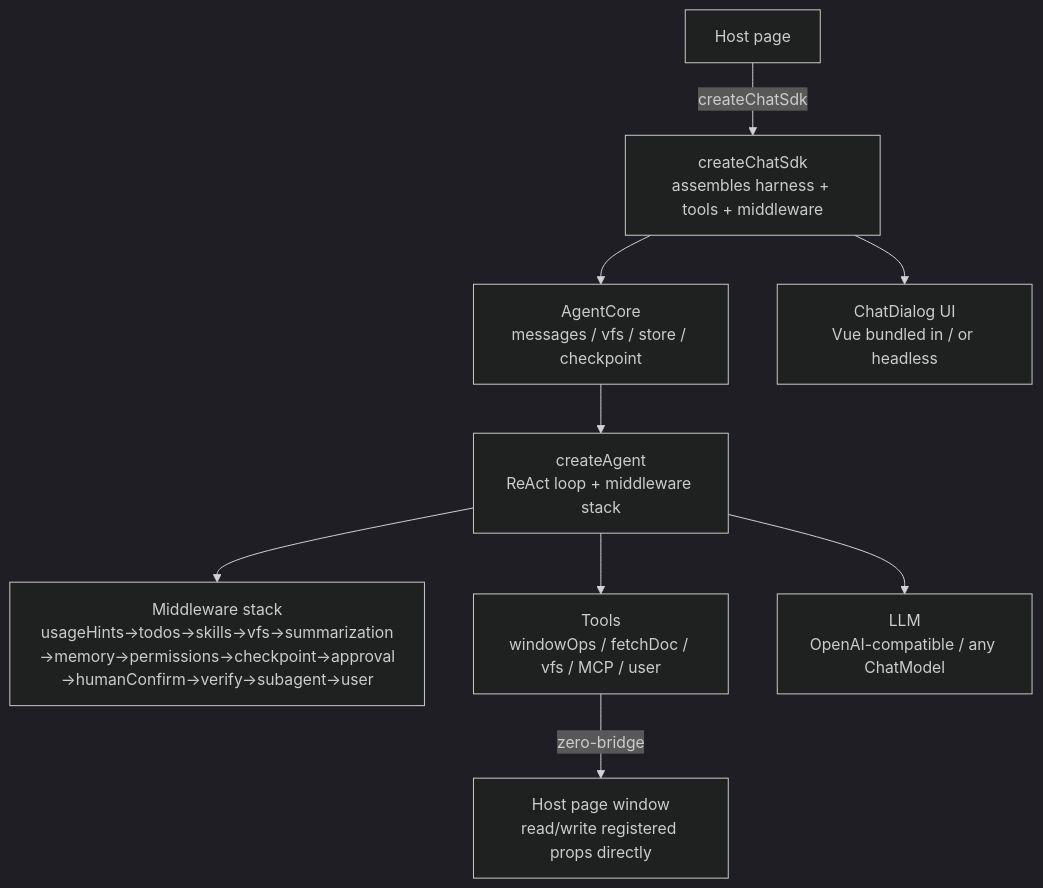
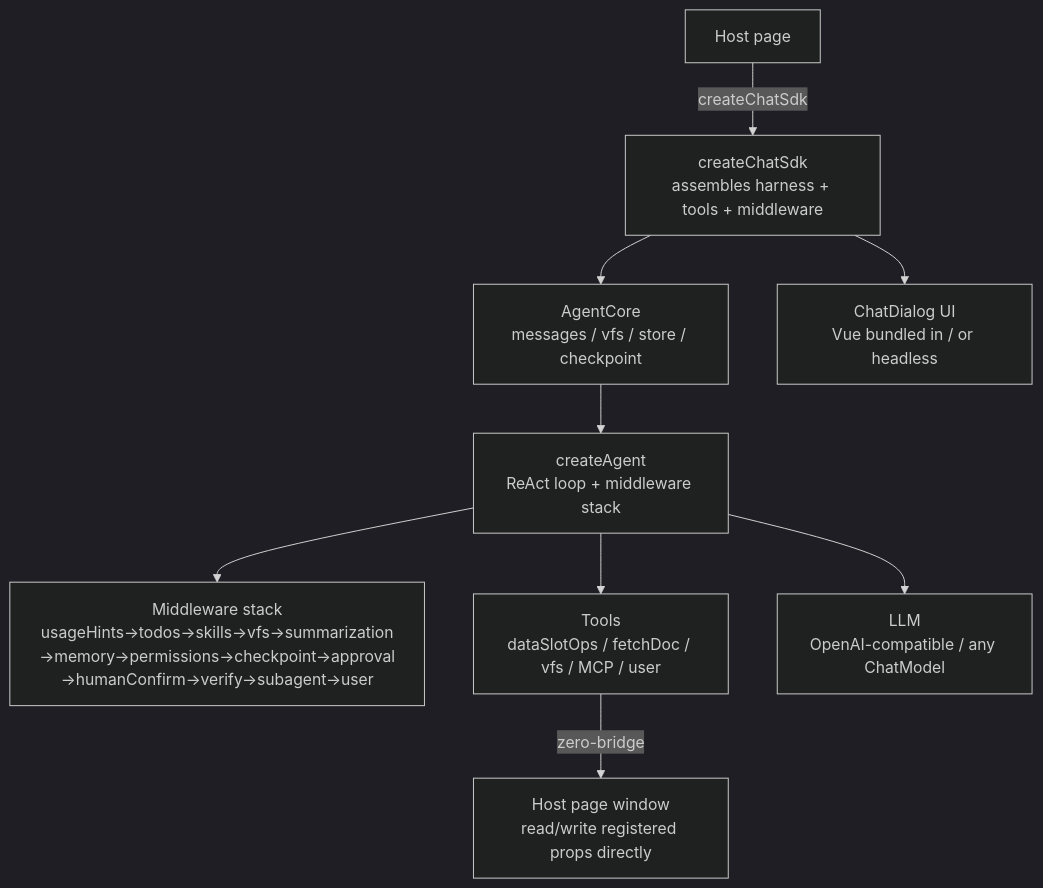
The diagram in README.md (whyymj/chat-sdk), drawn with Mermaid (dark theme) before and after one commit. The commit also changed other lines of this file and 88 other files, not shown here.

````diff
--- a/README.md
+++ b/README.md
@@ -290,11 +290,11 @@
 ```mermaid
 flowchart TD
     APP[Host page] -->|createChatSdk| SDK[createChatSdk<br/>assembles harness + tools + middleware]
     SDK --> CORE[AgentCore<br/>messages / vfs / store / checkpoint]
     CORE --> AGENT[createAgent<br/>ReAct loop + middleware stack]
     AGENT --> MW[Middleware stack<br/>usageHints→todos→skills→vfs→summarization<br/>→memory→permissions→checkpoint→approval<br/>→humanConfirm→verify→subagent→user]
-    AGENT --> TOOLS[Tools<br/>windowOps / fetchDoc / vfs / MCP / user]
+    AGENT --> TOOLS[Tools<br/>dataSlotOps / fetchDoc / vfs / MCP / user]
     TOOLS -->|zero-bridge| WIN[Host page window<br/>read/write registered props directly]
     AGENT --> LLM[LLM<br/>OpenAI-compatible / any ChatModel]
     SDK --> UI[ChatDialog UI<br/>Vue bundled in / or headless]
 ```
````
